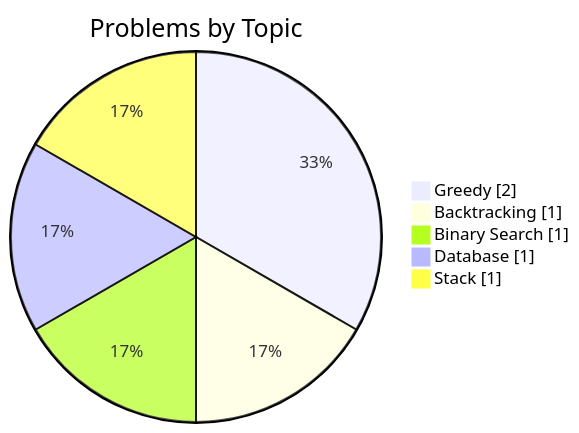
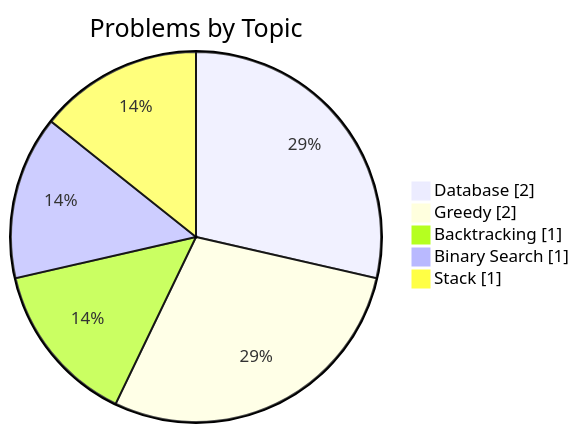
One commit to samy-D5/Leetcode changed the second of 2 diagrams in README.md. Above: the diagram before and after it, drawn with Mermaid. The commit also changed other lines of this file, not shown here.

````diff
--- a/README.md
+++ b/README.md
@@ -27,8 +27,8 @@
 ```mermaid
 pie showData title Problems by Topic
+    "Database" : 2
     "Greedy" : 2
     "Backtracking" : 1
     "Binary Search" : 1
-    "Database" : 1
     "Stack" : 1
 ```
````
